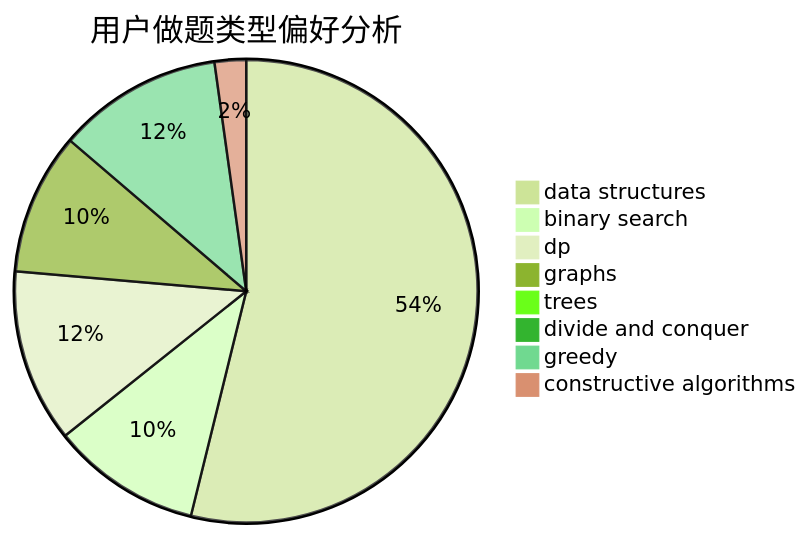
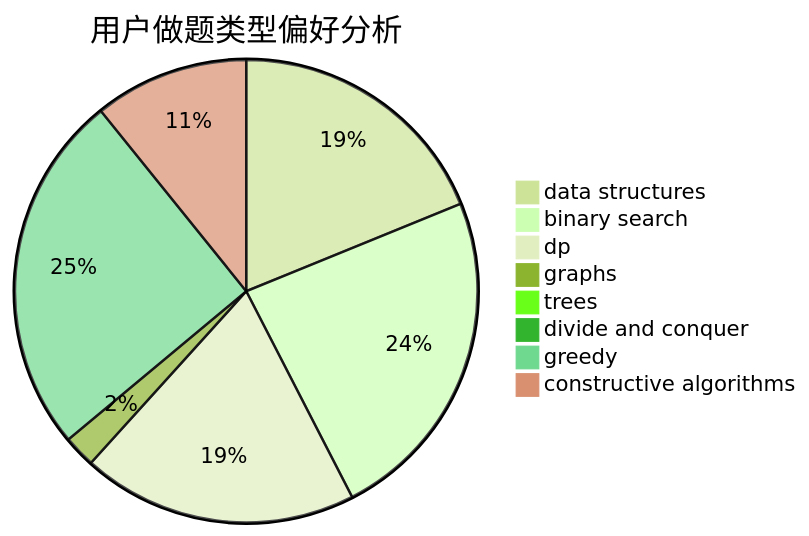
One commit to sherpahu/cfrs.github.io changed the second of 3 diagrams in docs/user/u2144.md. Above: the diagram before and after it, drawn with Mermaid (forest theme). The commit also changed other lines of this file and 2770 other files, not shown here.

````diff
--- a/docs/user/u2144.md
+++ b/docs/user/u2144.md
@@ -23,11 +23,11 @@
 ```mermaid
 pie title 用户做题类型偏好分析
-    "data structures" :  98
-    "binary search" :  19
-    "dp" :  22
-    "graphs" :  18
+    "data structures" :  396
+    "binary search" :  496
+    "dp" :  405
+    "graphs" :  47
     "trees" :  0
-    "divide and conquer" :  0
-    "greedy" :  21
-    "constructive algorithms" :  4
+    "divide and conquer" :  4
+    "greedy" :  531
+    "constructive algorithms" :  227
 ```
````
